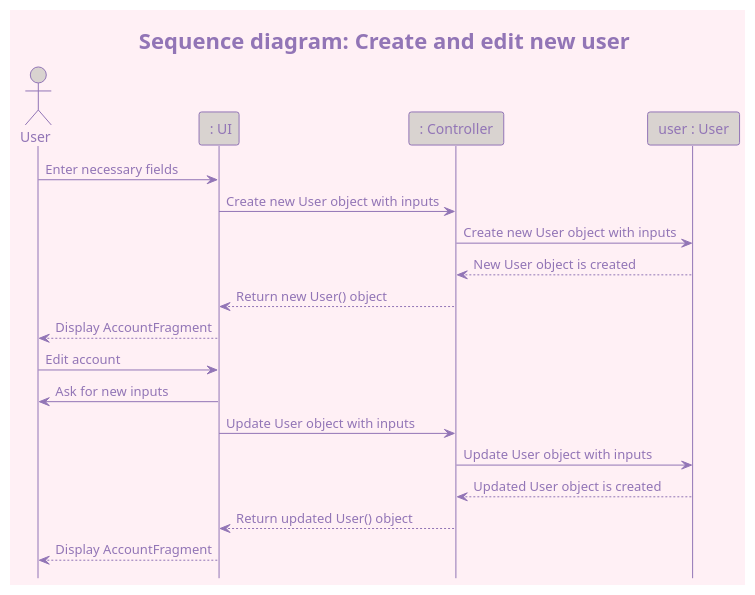
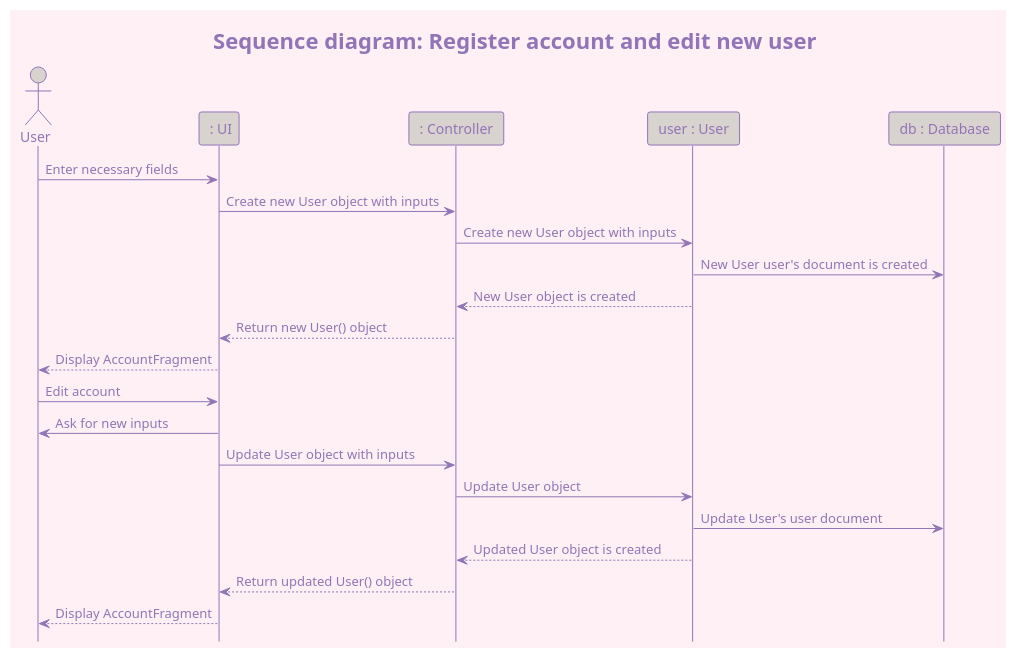
One commit to klaireklaire/EduBuddy changed the third of 5 diagrams in intellij/doc/design.md. Above: the diagram before and after it, drawn with PlantUML. The commit also changed other lines of this file and 70 other files, not shown here.

````diff
--- a/intellij/doc/design.md
+++ b/intellij/doc/design.md
@@ -103,29 +103,32 @@
 ```plantuml
 @startuml
 hide footbox
 !theme mimeograph
 skinparam backgroundColor lavenderBlush
 
-title Sequence diagram: Create and edit new user
+title Sequence diagram: Register account and edit new user
 
 actor User as user
 participant " : UI" as ui 
 participant " : Controller " as control
 participant " user : User " as ul
+participant " db : Database " as db
 
 user -> ui : Enter necessary fields
 ui -> control : Create new User object with inputs
 control -> ul : Create new User object with inputs
+ul -> db : New User user's document is created
 ul --> control : New User object is created 
 control --> ui : Return new User() object 
 ui --> user : Display AccountFragment 
 user -> ui : Edit account 
 ui -> user : Ask for new inputs 
 ui -> control : Update User object with inputs
-control -> ul : Update User object with inputs
+control -> ul : Update User object
+ul -> db : Update User's user document 
 ul --> control : Updated User object is created 
 control --> ui : Return updated User() object 
 ui --> user : Display AccountFragment 
 
 @enduml
 ```
````
